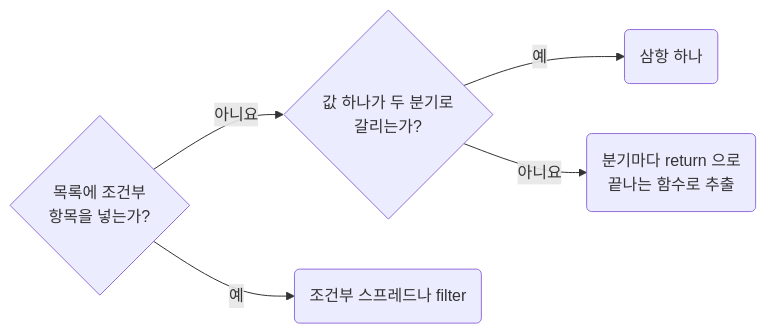
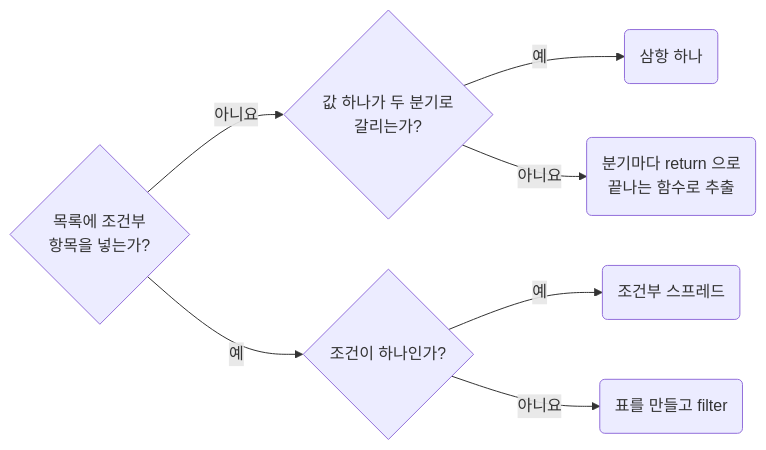
One commit to nomeehej/agent-conventions changed the diagram in skill/typescript/rules/03-07-functions-avoid-imperative-assembly-in-wide-scopes.md. Above: the diagram before and after it, drawn with Mermaid. The commit also changed other lines of this file and 69 other files, not shown here.

````diff
--- a/skill/typescript/rules/03-07-functions-avoid-imperative-assembly-in-wide-scopes.md
+++ b/skill/typescript/rules/03-07-functions-avoid-imperative-assembly-in-wide-scopes.md
@@ -20,6 +21,7 @@
 ```mermaid
 flowchart LR
 	q1{"목록에 조건부<br>항목을 넣는가?"} -- 아니요 --> q2{"값 하나가 두 분기로<br>갈리는가?"} -- 예 --> r2("삼항 하나")
-	q1 -- 예 --> r1("조건부 스프레드나 filter")
+	q1 -- 예 --> q3{"조건이 하나인가?"} -- 예 --> r1("조건부 스프레드")
+	q3 -- 아니요 --> r4("표를 만들고 filter")
 	q2 -- 아니요 --> r3("분기마다 return 으로<br>끝나는 함수로 추출")
 ```
````
